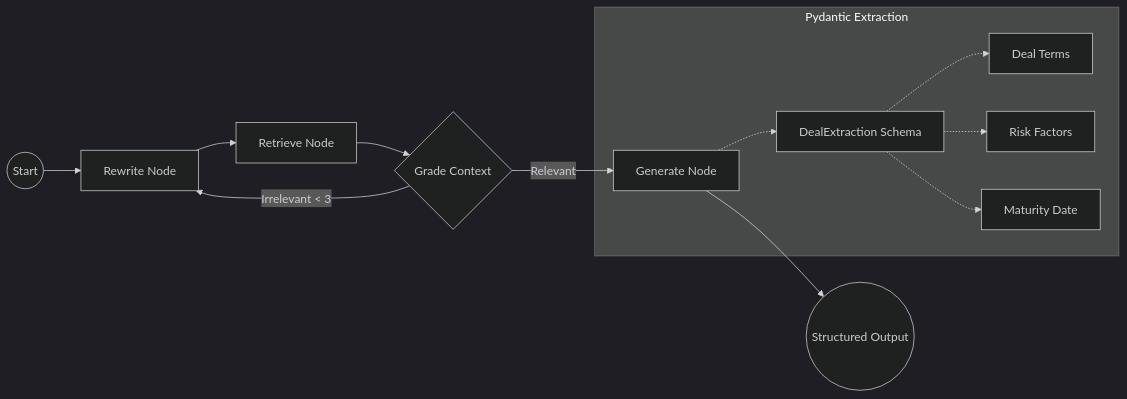
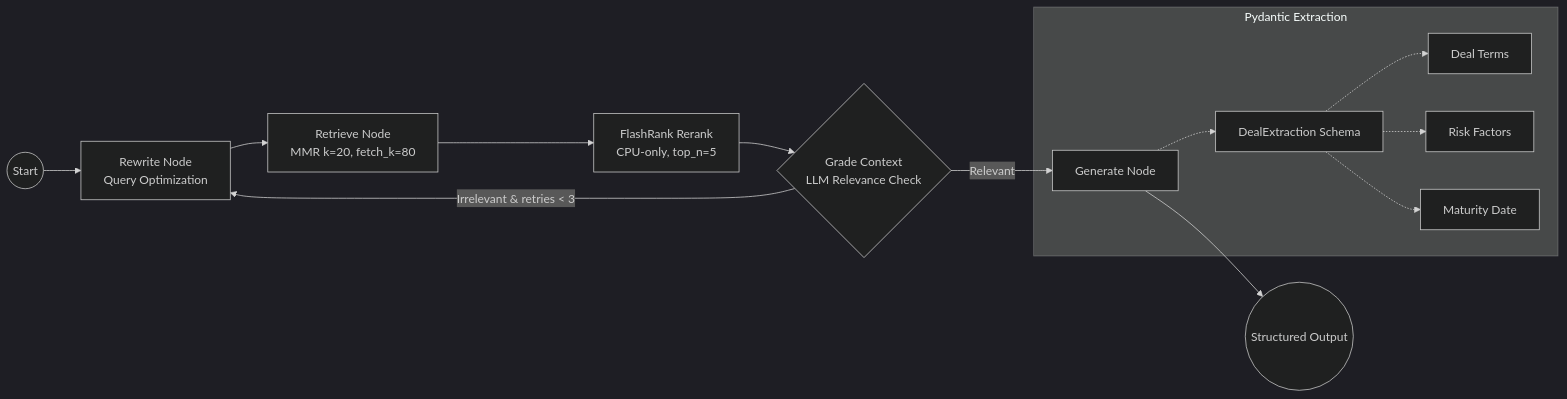
One commit to mkazemicent/fin-doc-rag-pipeline changed the third of 4 diagrams in README.md. Above: the diagram before and after it, drawn with Mermaid (dark theme). The commit also changed other lines of this file and 20 other files, not shown here.

````diff
--- a/README.md
+++ b/README.md
@@ -34,16 +52,17 @@
 ```mermaid
 graph LR
-    START((Start)) --> REWRITE[Rewrite Node]
-    REWRITE --> RETRIEVE[Retrieve Node]
-    RETRIEVE --> GRADE{Grade Context}
-    GRADE -- "Irrelevant < 3" --> REWRITE
+    START((Start)) --> REWRITE[Rewrite Node<br/>Query Optimization]
+    REWRITE --> RETRIEVE[Retrieve Node<br/>MMR k=20, fetch_k=80]
+    RETRIEVE --> RERANK[FlashRank Rerank<br/>CPU-only, top_n=5]
+    RERANK --> GRADE{Grade Context<br/>LLM Relevance Check}
+    GRADE -- "Irrelevant & retries < 3" --> REWRITE
     GRADE -- "Relevant" --> GEN[Generate Node]
     GEN --> END((Structured Output))
 
     subgraph "Pydantic Extraction"
     GEN -.-> P[DealExtraction Schema]
     P -.-> T[Deal Terms]
     P -.-> R[Risk Factors]
     P -.-> M[Maturity Date]
     end
 ```
````
